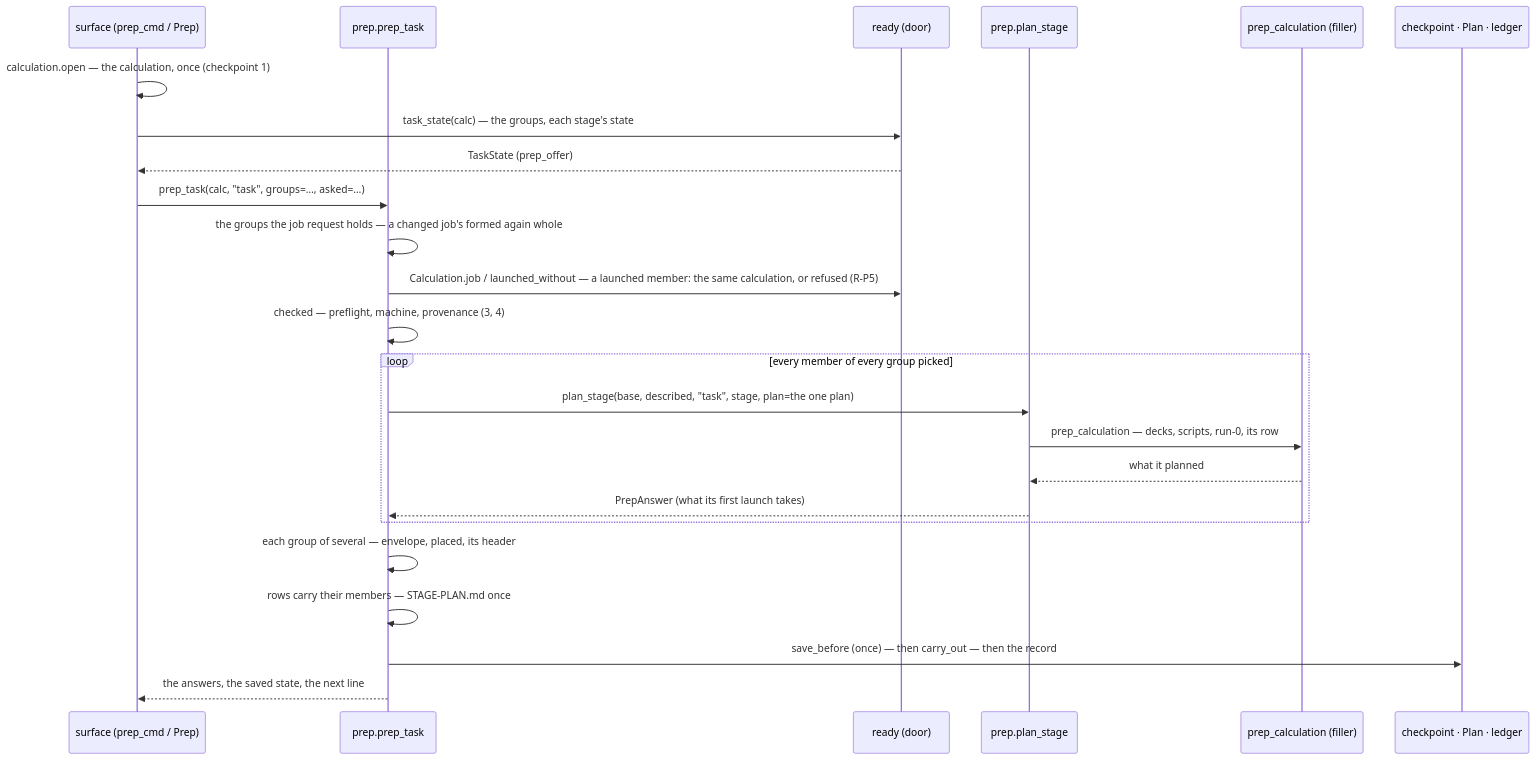
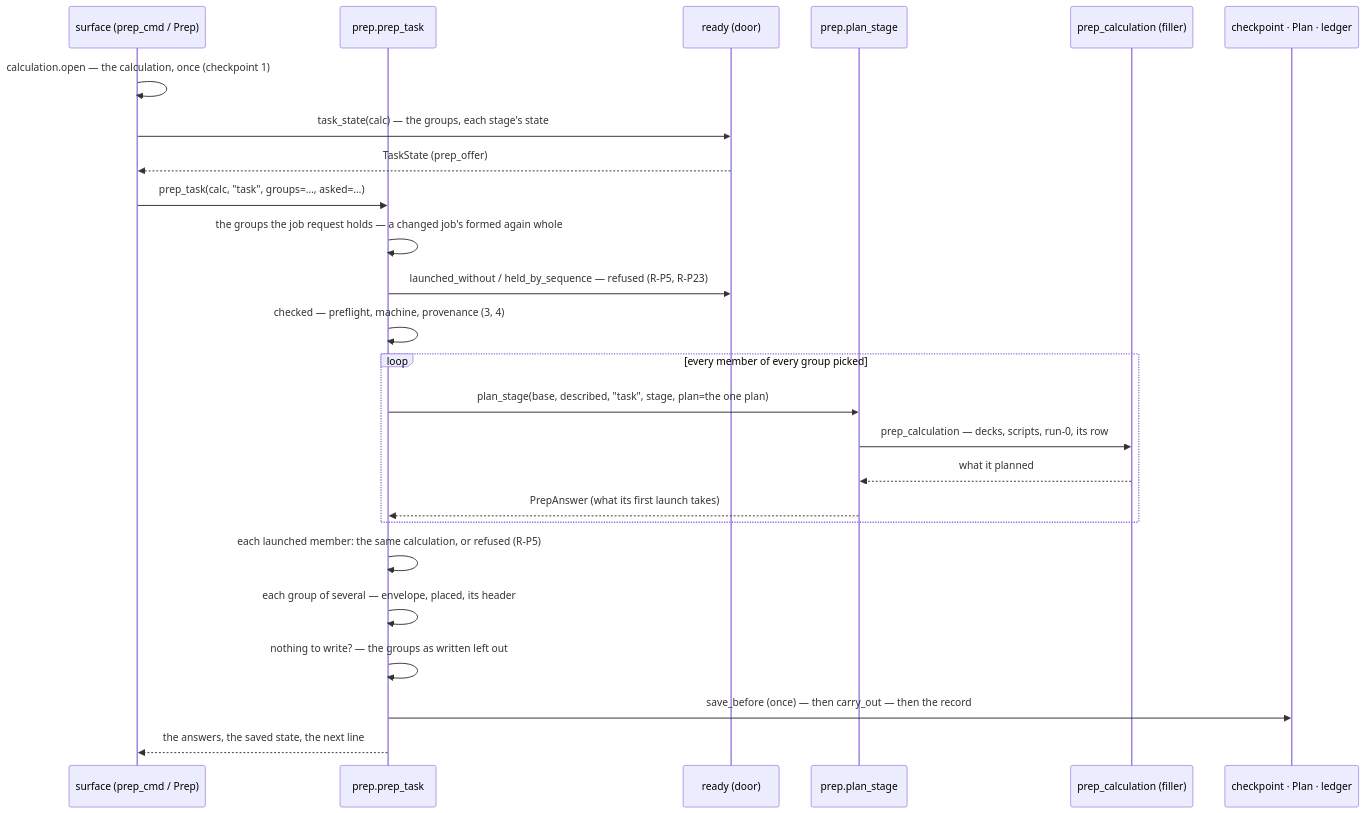
Before and after one commit to Qing-LAB/molbuilder: diagram 12 of 13 in docs/execution/job-system.md, drawn with Mermaid. The commit also changed other lines of this file and 30 other files, not shown here.

````diff
--- a/docs/execution/job-system.md
+++ b/docs/execution/job-system.md
@@ -3438,26 +2536,27 @@
 ```mermaid
 sequenceDiagram
     participant S as surface (prep_cmd / Prep)
     participant E as prep.prep_task
     participant R as ready (door)
     participant P as prep.plan_stage
     participant F as prep_calculation (filler)
     participant X as checkpoint · Plan · ledger
     S->>S: calculation.open — the calculation, once (checkpoint 1)
     S->>R: task_state(calc) — the groups, each stage's state
     R-->>S: TaskState (prep_offer)
     S->>E: prep_task(calc, "task", groups=…, asked=…)
     E->>E: the groups the job request holds — a changed job's formed again whole
-    E->>R: Calculation.job / launched_without — a launched member: the same calculation, or refused (R-P5)
+    E->>R: launched_without / held_by_sequence — refused (R-P5, R-P23)
     E->>E: checked — preflight, machine, provenance (3, 4)
     loop every member of every group picked
         E->>P: plan_stage(base, described, "task", stage, plan=the one plan)
         P->>F: prep_calculation — decks, scripts, run-0, its row
         F-->>P: what it planned
         P-->>E: PrepAnswer (what its first launch takes)
     end
+    E->>E: each launched member: the same calculation, or refused (R-P5)
     E->>E: each group of several — envelope, placed, its header
-    E->>E: rows carry their members — STAGE-PLAN.md once
+    E->>E: nothing to write? — the groups as written left out
     E->>X: save_before (once) — then carry_out — then the record
     E-->>S: the answers, the saved state, the next line
 ```
````
